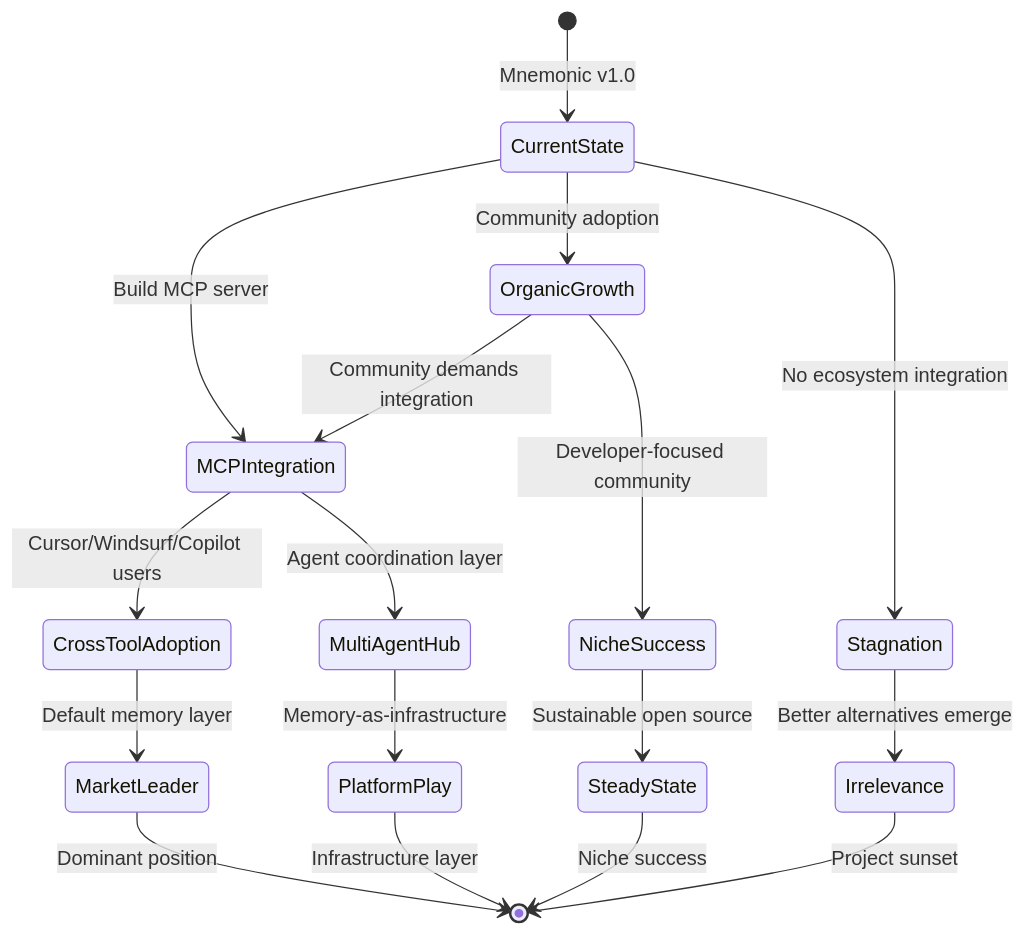
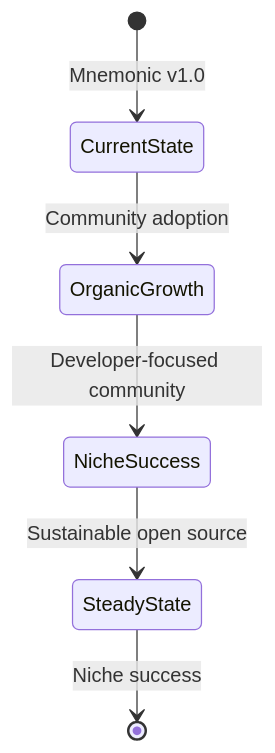
The diagram in reports/ai-memory-filesystem-research/2026-01-24-research.md (zircote/mnemonic), drawn with Mermaid before and after one commit. The commit also changed other lines of this file, not shown here.

Commit message:
docs(reports): update AI memory filesystem research formatting

````diff
--- a/reports/ai-memory-filesystem-research/2026-01-24-research.md
+++ b/reports/ai-memory-filesystem-research/2026-01-24-research.md
@@ -151,26 +151,12 @@
 ```mermaid
 stateDiagram-v2
     [*] --> CurrentState: Mnemonic v1.0
 
-    CurrentState --> MCPIntegration: Build MCP server
     CurrentState --> OrganicGrowth: Community adoption
-    CurrentState --> Stagnation: No ecosystem integration
-
-    MCPIntegration --> CrossToolAdoption: Cursor/Windsurf/Copilot users
-    MCPIntegration --> MultiAgentHub: Agent coordination layer
 
     OrganicGrowth --> NicheSuccess: Developer-focused community
-    OrganicGrowth --> MCPIntegration: Community demands integration
-
-    Stagnation --> Irrelevance: Better alternatives emerge
-
-    CrossToolAdoption --> MarketLeader: Default memory layer
-    MultiAgentHub --> PlatformPlay: Memory-as-infrastructure
 
     NicheSuccess --> SteadyState: Sustainable open source
 
-    MarketLeader --> [*]: Dominant position
-    PlatformPlay --> [*]: Infrastructure layer
     SteadyState --> [*]: Niche success
-    Irrelevance --> [*]: Project sunset
 ```
````
